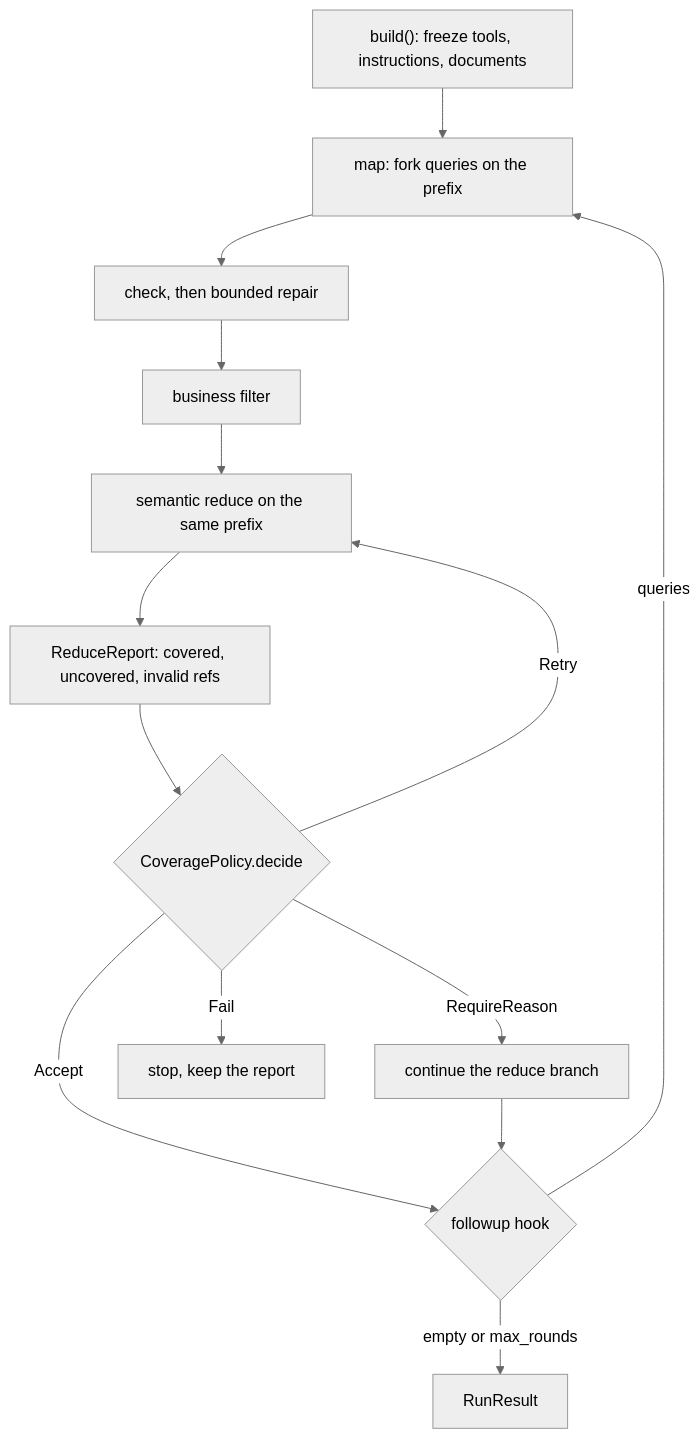
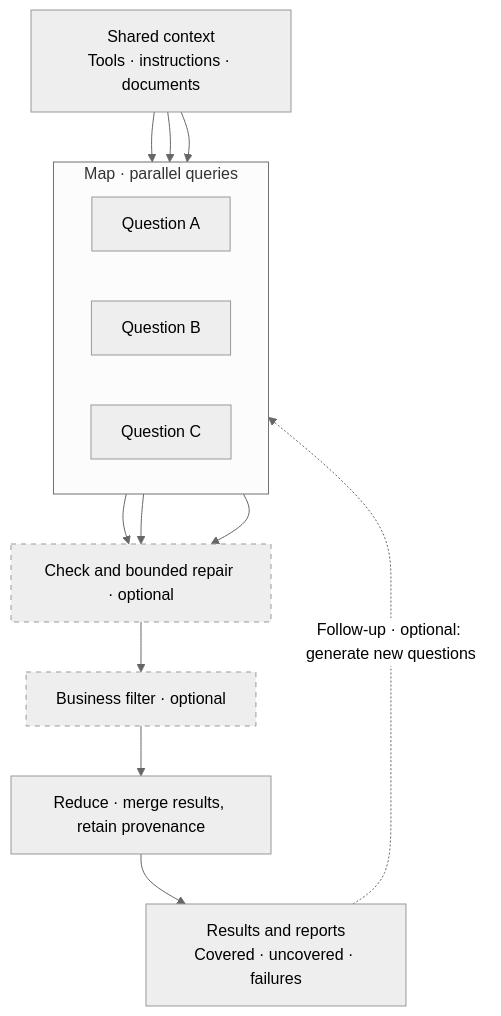
One commit to 426ai/forkreduce changed the first of 3 diagrams in README.md. Above: the diagram before and after it, drawn with Mermaid (neutral theme). The commit also changed other lines of this file and 3 other files, not shown here.

First line of the commit message:
Update README and add overview diagrams for forkreduce.

````diff
--- a/README.md
+++ b/README.md
@@ -40,16 +172,27 @@
 ```mermaid
-flowchart TD
-    build["build(): freeze tools, instructions, documents"] --> map["map: fork queries on the prefix"]
-    map --> check["check, then bounded repair"]
-    check --> filter["business filter"]
-    filter --> reduce["semantic reduce on the same prefix"]
-    reduce --> report["ReduceReport: covered, uncovered, invalid refs"]
-    report --> policy{"CoveragePolicy.decide"}
-    policy -->|Accept| follow{"followup hook"}
-    policy -->|RequireReason| reason["continue the reduce branch"]
-    policy -->|Retry| reduce
-    policy -->|Fail| stop["stop, keep the report"]
-    reason --> follow
-    follow -->|queries| map
-    follow -->|empty or max_rounds| done["RunResult"]
+flowchart TB
+    context["Shared context<br/>Tools · instructions · documents"]
+
+    subgraph map["Map · parallel queries"]
+        direction LR
+        q1["Question A"]
+        q2["Question B"]
+        q3["Question C"]
+    end
+
+    context --> q1
+    context --> q2
+    context --> q3
+
+    q1 --> check["Check and bounded repair · optional"]
+    q2 --> check
+    q3 --> check
+    check --> filter["Business filter · optional"]
+    filter --> reduce["Reduce · merge results, retain provenance"]
+    reduce --> result["Results and reports<br/>Covered · uncovered · failures"]
+
+    result -.->|"Follow-up · optional: generate new questions"| map
+
+    style check stroke-dasharray: 5 5
+    style filter stroke-dasharray: 5 5
 ```
````
